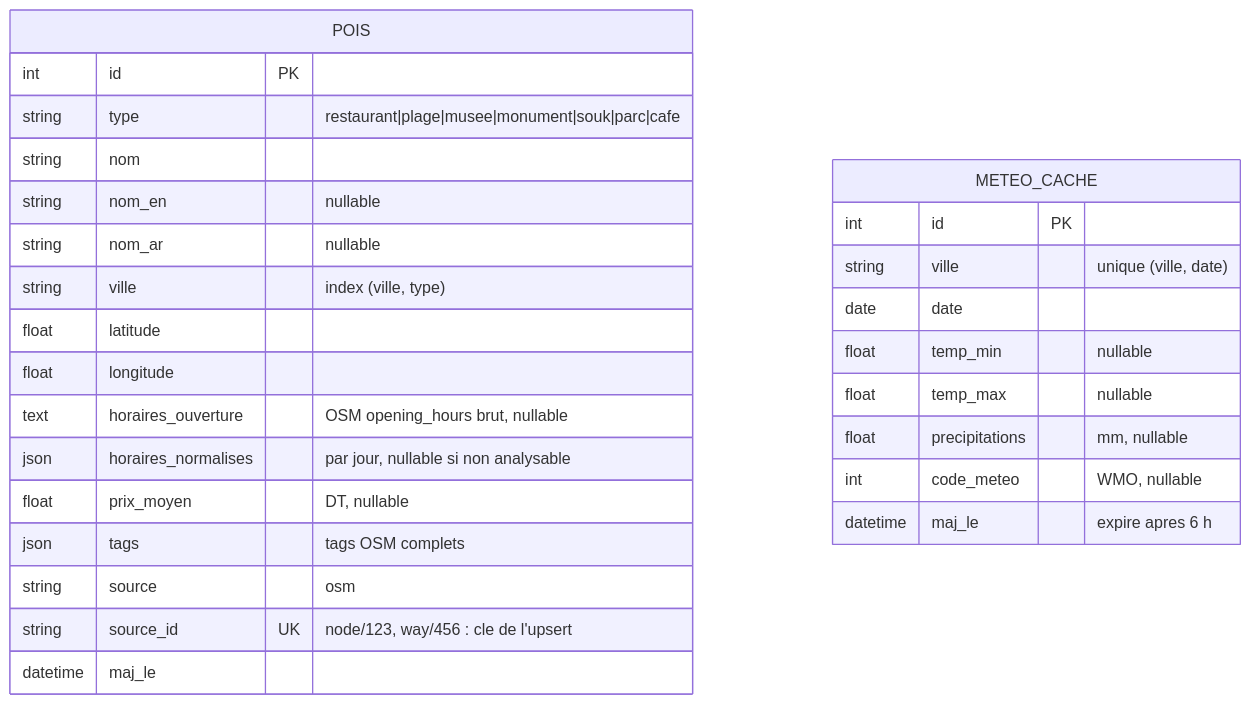
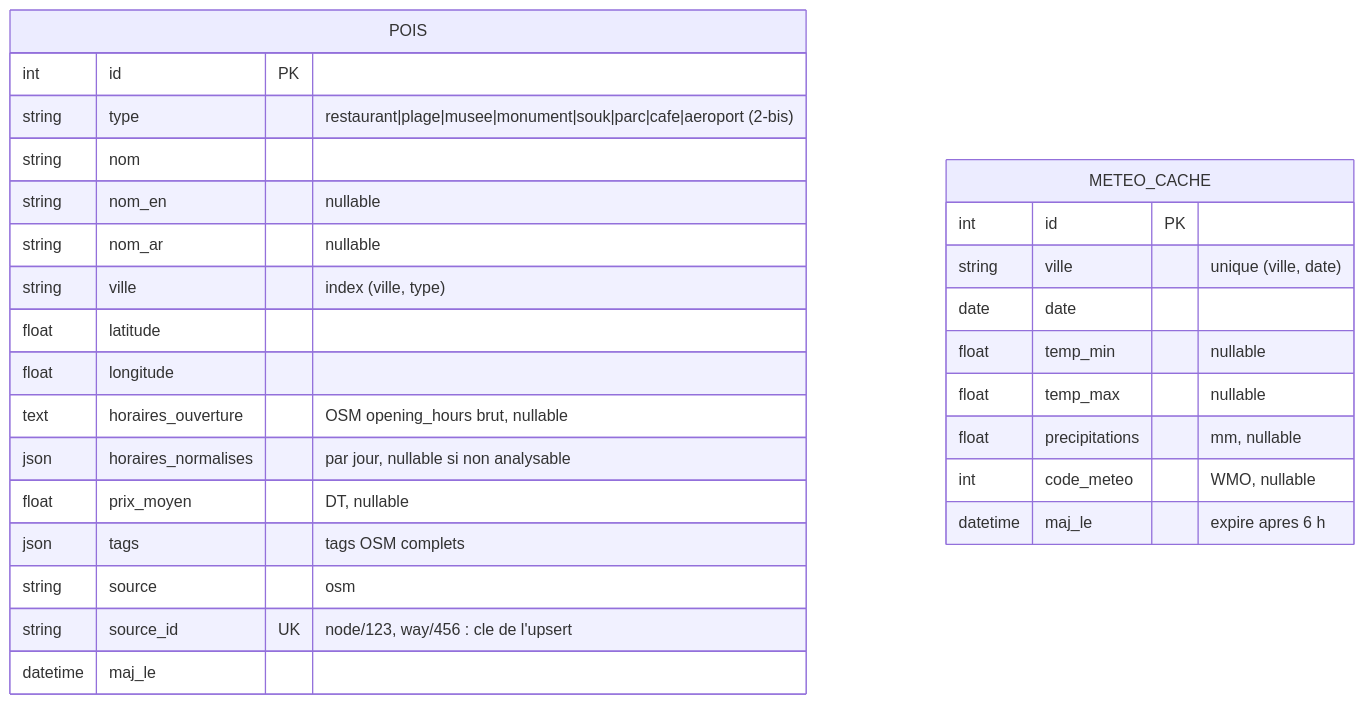
The seventh of 8 diagrams in docs/mcd.md (ALI0benjannet/voyara), drawn with Mermaid before and after one commit. The commit also changed other lines of this file and 26 other files, not shown here.

````diff
--- a/docs/mcd.md
+++ b/docs/mcd.md
@@ -245,30 +278,30 @@
 ```mermaid
 erDiagram
     POIS {
         int id PK
-        string type "restaurant|plage|musee|monument|souk|parc|cafe"
+        string type "restaurant|plage|musee|monument|souk|parc|cafe|aeroport (2-bis)"
         string nom
         string nom_en "nullable"
         string nom_ar "nullable"
         string ville "index (ville, type)"
         float latitude
         float longitude
         text horaires_ouverture "OSM opening_hours brut, nullable"
         json horaires_normalises "par jour, nullable si non analysable"
         float prix_moyen "DT, nullable"
         json tags "tags OSM complets"
         string source "osm"
         string source_id UK "node/123, way/456 : cle de l'upsert"
         datetime maj_le
     }
     METEO_CACHE {
         int id PK
         string ville "unique (ville, date)"
         date date
         float temp_min "nullable"
         float temp_max "nullable"
         float precipitations "mm, nullable"
         int code_meteo "WMO, nullable"
         datetime maj_le "expire apres 6 h"
     }
 ```
````
